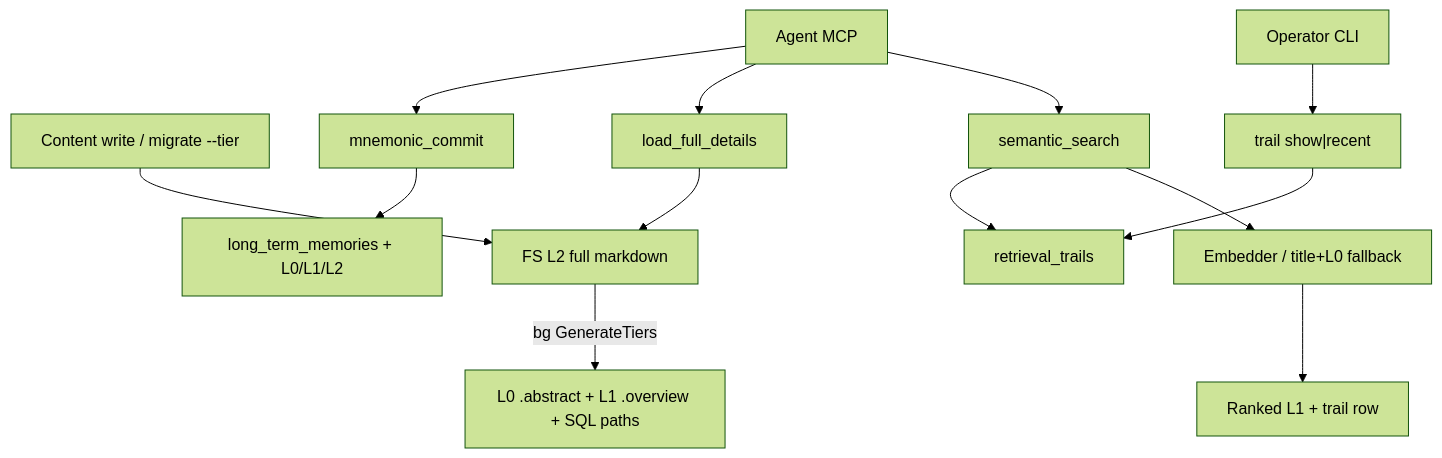
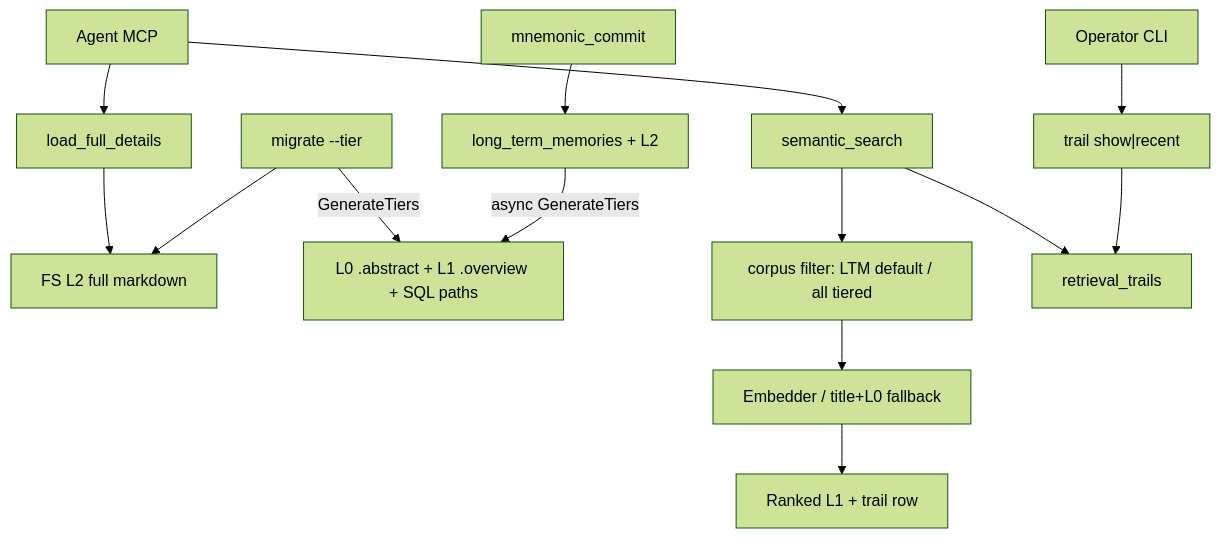
One commit to devopstales/skillgrid changed the diagram in docs/skillgrid/changes/003-mnemonic-self-evolving-context-database/change.md. Above: the diagram before and after it, drawn with Mermaid (forest theme). The commit also changed other lines of this file and 3 other files, not shown here.

````diff
--- a/docs/skillgrid/changes/003-mnemonic-self-evolving-context-database/change.md
+++ b/docs/skillgrid/changes/003-mnemonic-self-evolving-context-database/change.md
@@ -166,15 +174,16 @@
 ```mermaid
 flowchart TD
-  writer["Content write / migrate --tier"] --> l2["FS L2 full markdown"]
-  l2 -->|"bg GenerateTiers"| sidecars["L0 .abstract + L1 .overview + SQL paths"]
+  migrate["migrate --tier"] --> l2["FS L2 full markdown"]
+  commit["mnemonic_commit"] --> ltm["long_term_memories + L2"]
+  ltm -->|"async GenerateTiers"| sidecars["L0 .abstract + L1 .overview + SQL paths"]
+  migrate -->|"GenerateTiers"| sidecars
   agent["Agent MCP"] --> search["semantic_search"]
-  search --> embed["Embedder / title+L0 fallback"]
+  search --> corpus["corpus filter: LTM default / all tiered"]
+  corpus --> embed["Embedder / title+L0 fallback"]
   embed --> l1["Ranked L1 + trail row"]
   agent --> load["load_full_details"]
   load --> l2
-  agent --> commit["mnemonic_commit"]
-  commit --> ltm["long_term_memories + L0/L1/L2"]
   op["Operator CLI"] --> trail["trail show|recent"]
   trail --> trails["retrieval_trails"]
   search --> trails
 ```
````
